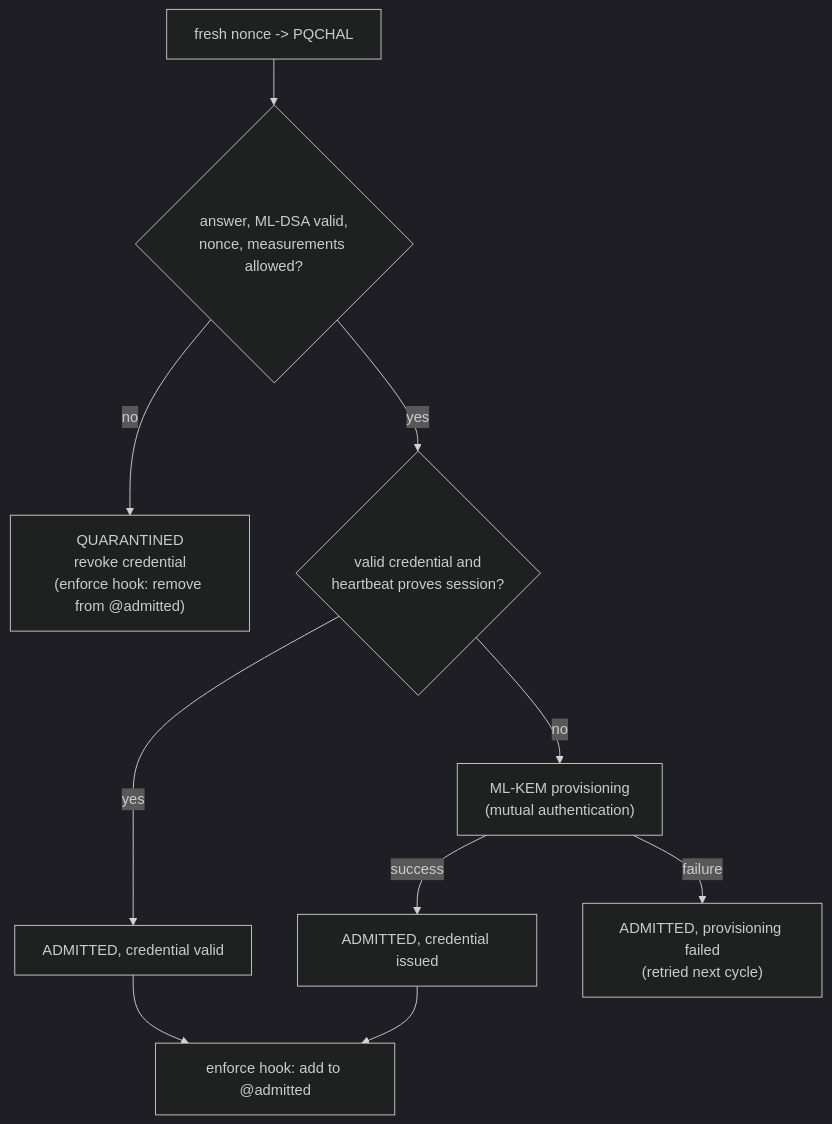
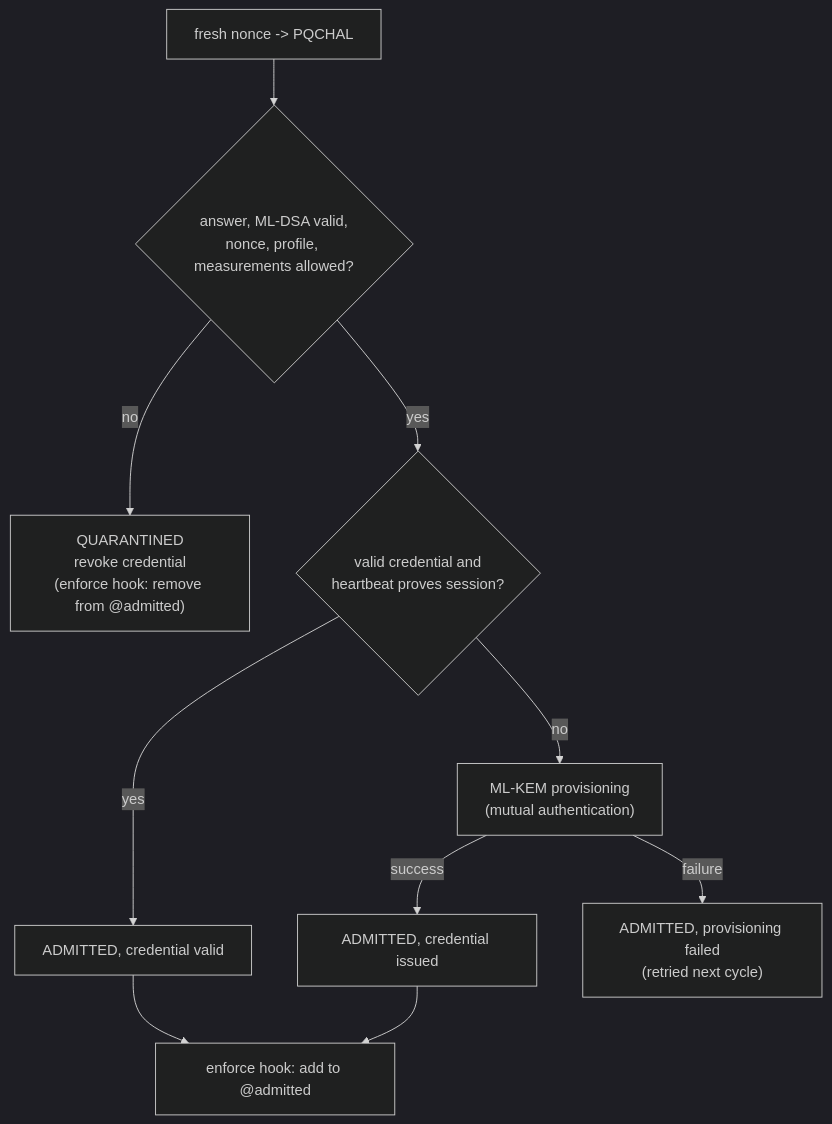
The second of 2 diagrams in docs/architecture.md (ismailalitech/aegis), drawn with Mermaid (dark theme) before and after one commit. The commit also changed other lines of this file and 5 other files, not shown here.

First line of the commit message:
Docs: architecture, threat model, white paper and README brought up to the bench as of 18 November

````diff
--- a/docs/architecture.md
+++ b/docs/architecture.md
@@ -90,12 +121,12 @@
 ```mermaid
 flowchart TD
-  A["fresh nonce -> PQCHAL"] --> B{"answer, ML-DSA valid,<br/>nonce, measurements allowed?"}
+  A["fresh nonce -> PQCHAL"] --> B{"answer, ML-DSA valid,<br/>nonce, profile, measurements allowed?"}
   B -- no --> Q["QUARANTINED<br/>revoke credential<br/>(enforce hook: remove from @admitted)"]
   B -- yes --> C{"valid credential and<br/>heartbeat proves session?"}
   C -- yes --> OK["ADMITTED, credential valid"]
   C -- no --> P["ML-KEM provisioning<br/>(mutual authentication)"]
   P -- success --> OK2["ADMITTED, credential issued"]
   P -- failure --> F["ADMITTED, provisioning failed<br/>(retried next cycle)"]
   OK --> E["enforce hook: add to @admitted"]
   OK2 --> E
 ```
````
